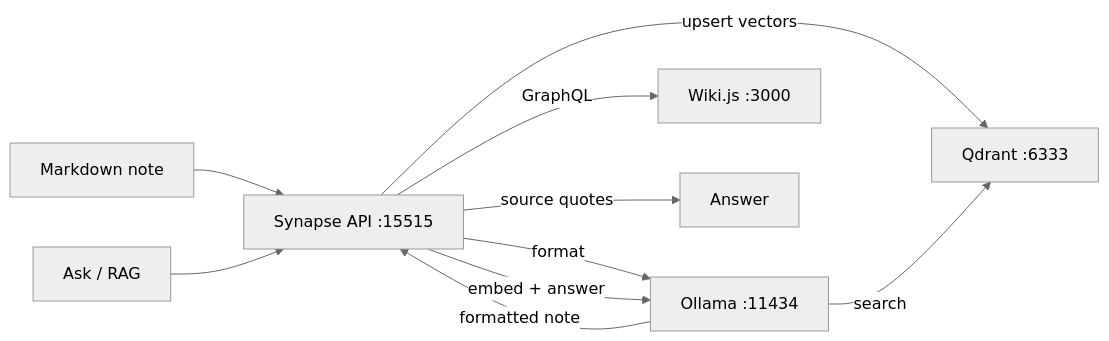
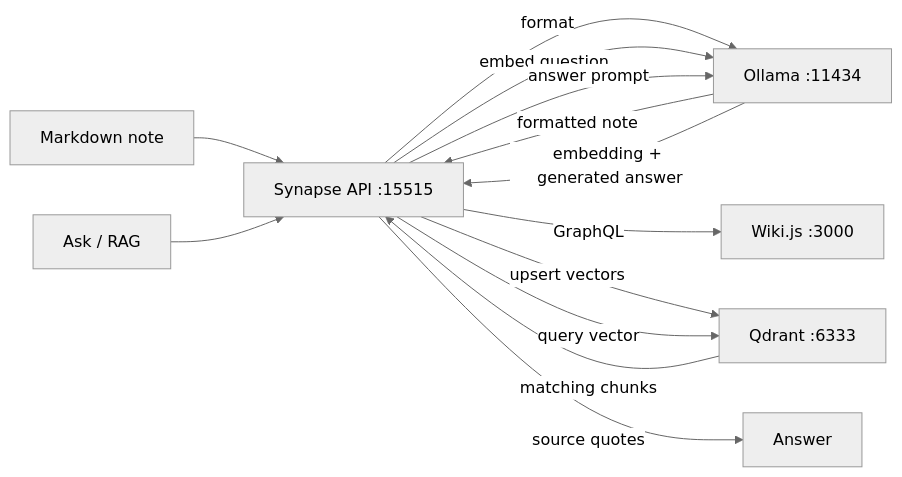
The diagram in README.md (max-vie/synapse), drawn with Mermaid (neutral theme) before and after one commit. The commit also changed 17 other files, not shown here.

````diff
--- a/README.md
+++ b/README.md
@@ -48,12 +48,15 @@
 ```mermaid
 flowchart LR
     note[Markdown note] --> api[Synapse API :15515]
     api -->|format| ollama[Ollama :11434]
     ollama -->|formatted note| api
     api -->|GraphQL| wiki[Wiki.js :3000]
     api -->|upsert vectors| qdrant[Qdrant :6333]
     ask[Ask / RAG] --> api
-    api -->|embed + answer| ollama
-    ollama -->|search| qdrant
+    api -->|embed question| ollama
+    api -->|query vector| qdrant
+    qdrant -->|matching chunks| api
+    api -->|answer prompt| ollama
+    ollama -->|embedding + generated answer| api
     api -->|source quotes| answer[Answer]
 ```
````
